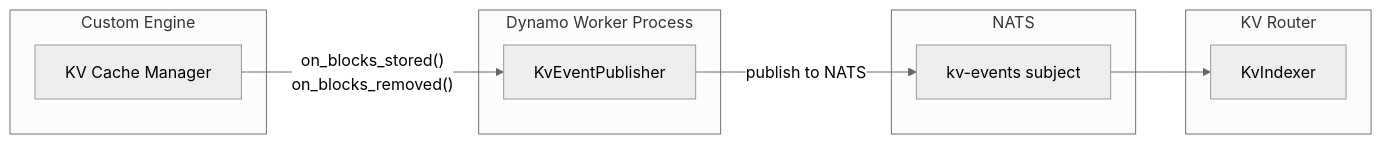
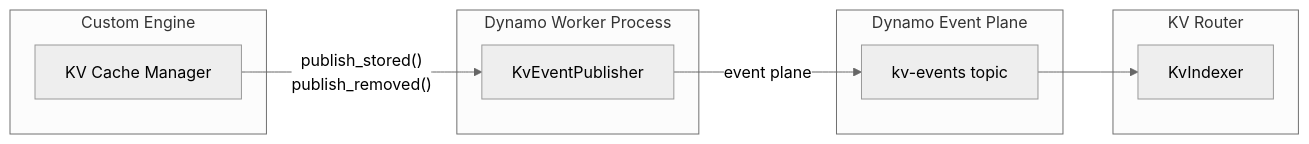
The first of 2 diagrams in docs/pages/integrations/kv-events-custom-engines.md (ai-dynamo/dynamo), drawn with Mermaid (neutral theme) before and after one commit. The commit also changed other lines of this file and 3 other files, not shown here.

Commit message:
docs: exorcise stale NATS references from kv event docs

````diff
--- a/docs/pages/integrations/kv-events-custom-engines.md
+++ b/docs/pages/integrations/kv-events-custom-engines.md
@@ -51,22 +53,22 @@
 ```mermaid
 flowchart LR
     subgraph Engine["Custom Engine"]
         cache["KV Cache Manager"]
     end
 
     subgraph Worker["Dynamo Worker Process"]
         pub["KvEventPublisher"]
     end
 
-    subgraph NATS["NATS"]
-        subject["kv-events subject"]
+    subgraph EP["Dynamo Event Plane"]
+        topic["kv-events topic"]
     end
 
     subgraph Router["KV Router"]
         indexer["KvIndexer"]
     end
 
-    cache -->|"on_blocks_stored()<br/>on_blocks_removed()"| pub
-    pub -->|"publish to NATS"| subject
-    subject --> indexer
+    cache -->|"publish_stored()<br/>publish_removed()"| pub
+    pub -->|"event plane"| topic
+    topic --> indexer
 ```
````
